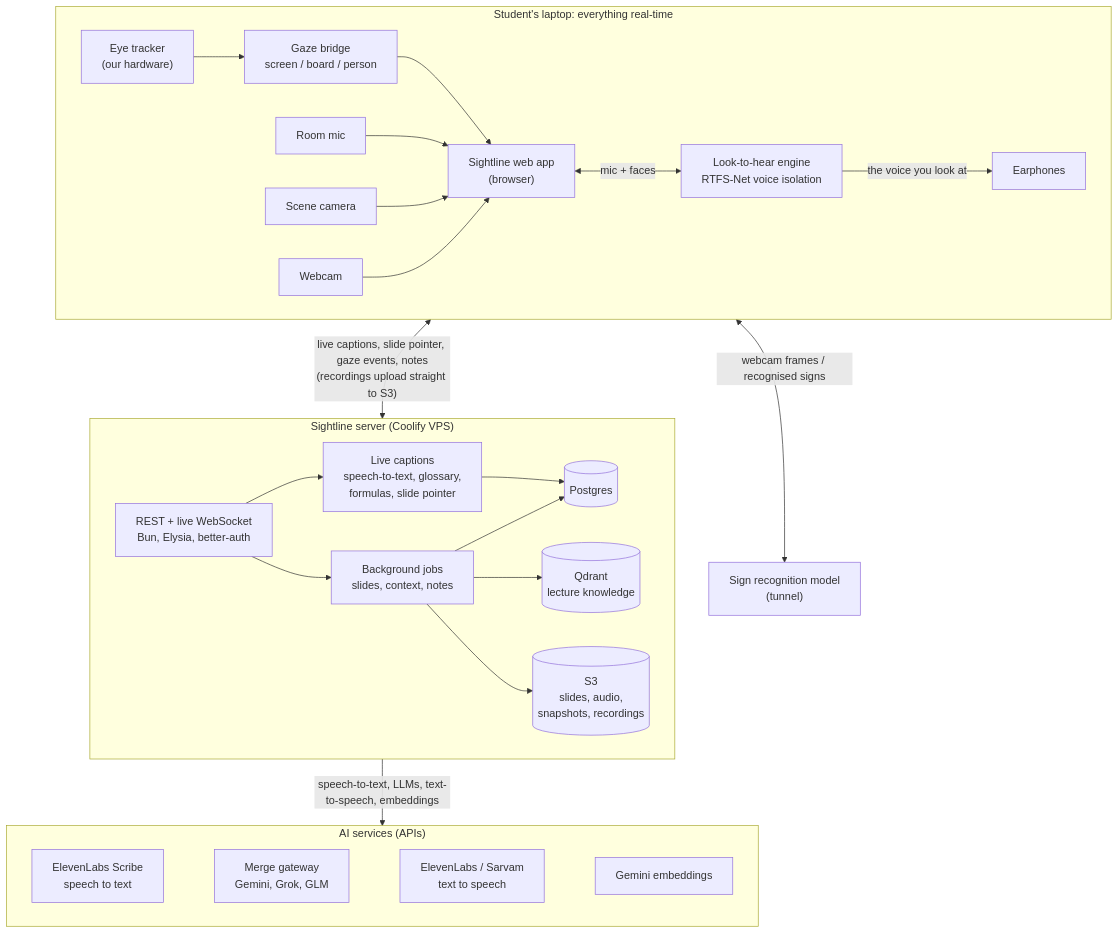
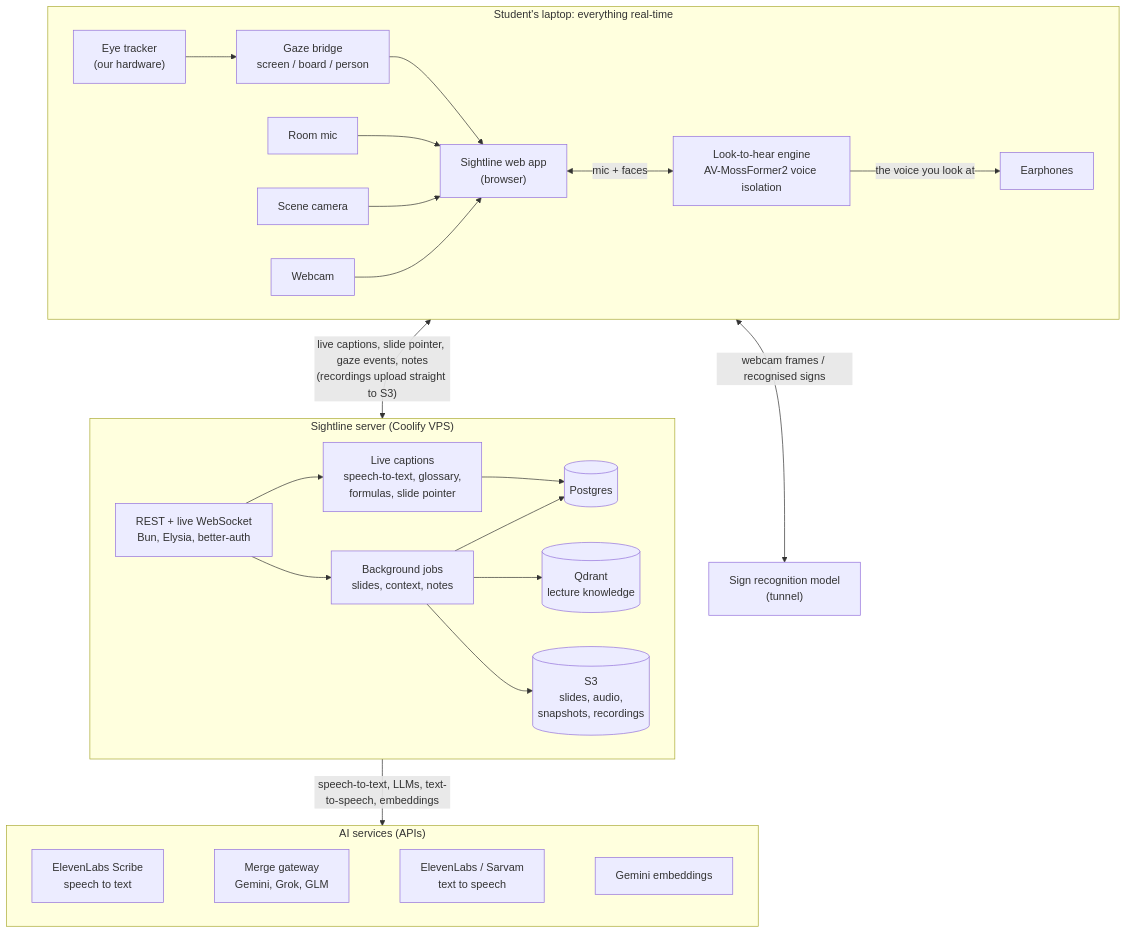
One commit to ashboi005/sightline changed the first of 2 diagrams in docs/demo/architecture.md. Above: the diagram before and after it, drawn with Mermaid. The commit also changed 55 other files, not shown here.

First line of the commit message:
feat(focus): integrate calibrated person selection and AV-MossFormer2

````diff
--- a/docs/demo/architecture.md
+++ b/docs/demo/architecture.md
@@ -10,41 +10,41 @@
 ```mermaid
 flowchart TB
   subgraph LAPTOP["Student's laptop: everything real-time"]
     direction LR
     TRACKER["Eye tracker<br/>(our hardware)"] --> BRIDGE["Gaze bridge<br/>screen / board / person"]
     MIC["Room mic"]
     SCENE["Scene camera"]
     WEBCAM["Webcam"]
     BRIDGE --> WEB["Sightline web app<br/>(browser)"]
     MIC --> WEB
     SCENE --> WEB
     WEBCAM --> WEB
-    WEB <-->|"mic + faces"| SPEAKER["Look-to-hear engine<br/>RTFS-Net voice isolation"]
+    WEB <-->|"mic + faces"| SPEAKER["Look-to-hear engine<br/>AV-MossFormer2 voice isolation"]
     SPEAKER -->|"the voice you look at"| EAR["Earphones"]
   end
 
   SIGN["Sign recognition model<br/>(tunnel)"]
 
   subgraph SERVER["Sightline server (Coolify VPS)"]
     direction LR
     API["REST + live WebSocket<br/>Bun, Elysia, better-auth"] --> LIVE["Live captions<br/>speech-to-text, glossary,<br/>formulas, slide pointer"]
     API --> JOBS["Background jobs<br/>slides, context, notes"]
     LIVE --> PG[("Postgres")]
     JOBS --> PG
     JOBS --> QD[("Qdrant<br/>lecture knowledge")]
     JOBS --> S3[("S3<br/>slides, audio,<br/>snapshots, recordings")]
   end
 
   subgraph AI["AI services (APIs)"]
     direction LR
     STT["ElevenLabs Scribe<br/>speech to text"]
     LLM["Merge gateway<br/>Gemini, Grok, GLM"]
     TTS["ElevenLabs / Sarvam<br/>text to speech"]
     EMB["Gemini embeddings"]
     STT ~~~ LLM ~~~ TTS ~~~ EMB
   end
 
   LAPTOP <-->|"live captions, slide pointer, gaze events, notes<br/>(recordings upload straight to S3)"| SERVER
   LAPTOP <-->|"webcam frames / recognised signs"| SIGN
   SERVER -->|"speech-to-text, LLMs, text-to-speech, embeddings"| AI
 ```
````
